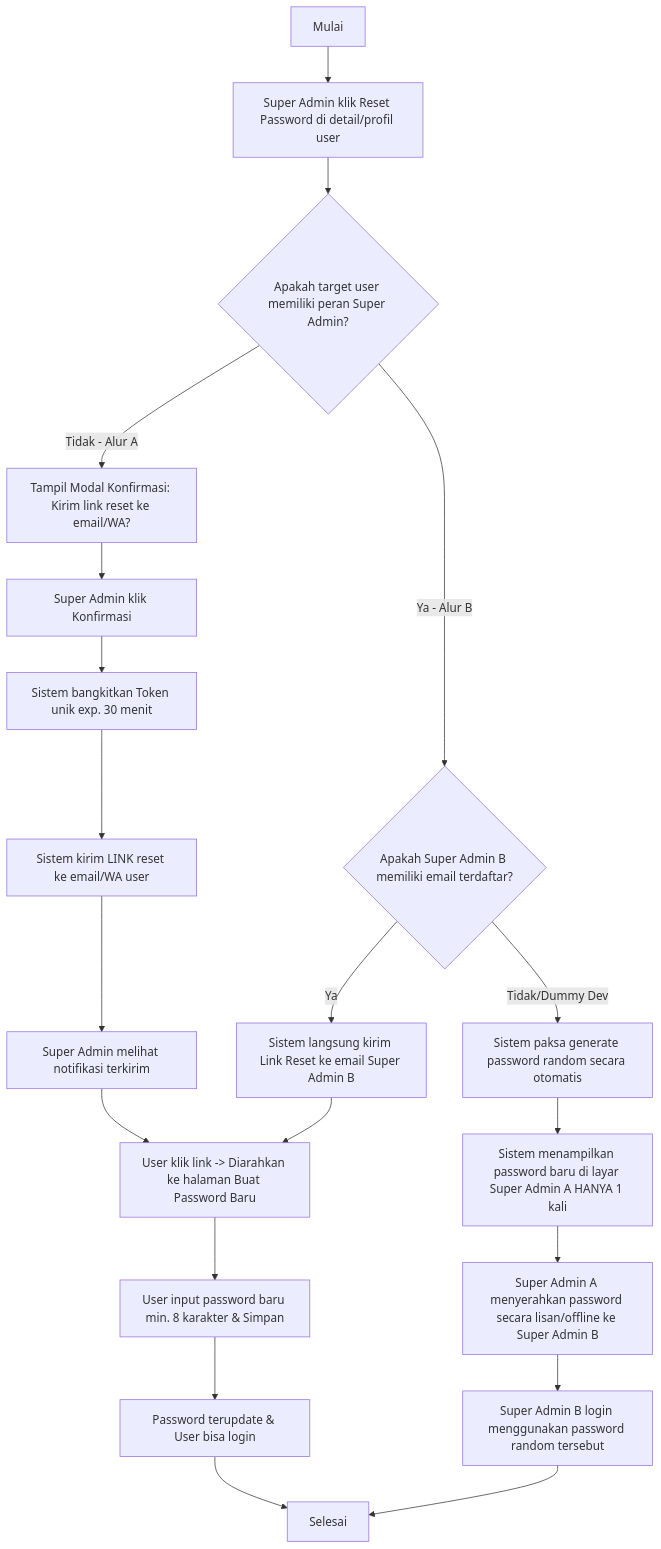
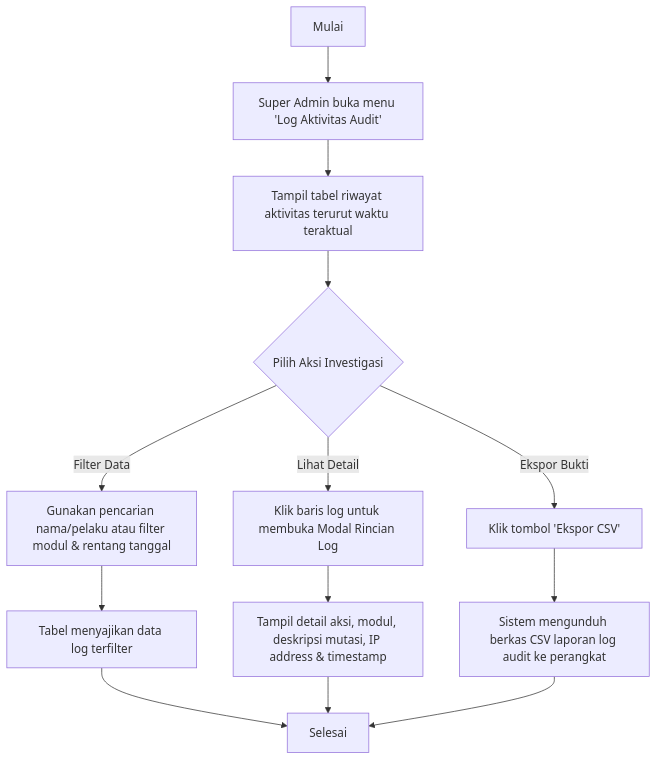
One commit to Araihan413/wargaku changed the fifth of 5 diagrams in docs/roles/super_admin.md. Above: the diagram before and after it, drawn with Mermaid. The commit also changed other lines of this file and 24 other files, not shown here.

Commit message:
feat: pembaruan keamanan, testing alur bisnis, dan dokumentasi peran

````diff
--- a/docs/roles/super_admin.md
+++ b/docs/roles/super_admin.md
@@ -147,27 +198,19 @@
 ```mermaid
 flowchart TD
-    A[Mulai] --> B[Super Admin klik Reset Password di detail/profil user]
-    B --> C{Apakah target user memiliki peran Super Admin?}
+    A[Mulai] --> B[Super Admin buka menu 'Log Aktivitas Audit']
+    B --> C[Tampil tabel riwayat aktivitas terurut waktu teraktual]
+    C --> D{Pilih Aksi Investigasi}
     
-    %% Alur A: Warga, Pengurus & Admin Biasa
-    C -->|Tidak - Alur A| D[Tampil Modal Konfirmasi: Kirim link reset ke email/WA?]
-    D --> E[Super Admin klik Konfirmasi]
-    E --> F[Sistem bangkitkan Token unik exp. 30 menit]
-    F --> G[Sistem kirim LINK reset ke email/WA user]
-    G --> H[Super Admin melihat notifikasi terkirim]
-    H --> I[User klik link -> Diarahkan ke halaman Buat Password Baru]
-    I --> J[User input password baru min. 8 karakter & Simpan]
-    J --> K[Password terupdate & User bisa login]
+    D -->|Filter Data| E[Gunakan pencarian nama/pelaku atau filter modul & rentang tanggal]
+    E --> F[Tabel menyajikan data log terfilter]
     
-    %% Alur B: Target adalah Super Admin B
-    C -->|Ya - Alur B| L{Apakah Super Admin B memiliki email terdaftar?}
-    L -->|Ya| M[Sistem langsung kirim Link Reset ke email Super Admin B]
-    M --> I
-    L -->|Tidak/Dummy Dev| N[Sistem paksa generate password random secara otomatis]
-    N --> O[Sistem menampilkan password baru di layar Super Admin A HANYA 1 kali]
-    O --> P[Super Admin A menyerahkan password secara lisan/offline ke Super Admin B]
-    P --> Q[Super Admin B login menggunakan password random tersebut]
+    D -->|Lihat Detail| G[Klik baris log untuk membuka Modal Rincian Log]
+    G --> H[Tampil detail aksi, modul, deskripsi mutasi, IP address & timestamp]
     
-    K --> R[Selesai]
-    Q --> R
+    D -->|Ekspor Bukti| I[Klik tombol 'Ekspor CSV']
+    I --> J[Sistem mengunduh berkas CSV laporan log audit ke perangkat]
+    
+    F --> K[Selesai]
+    H --> K
+    J --> K
 ```
````
